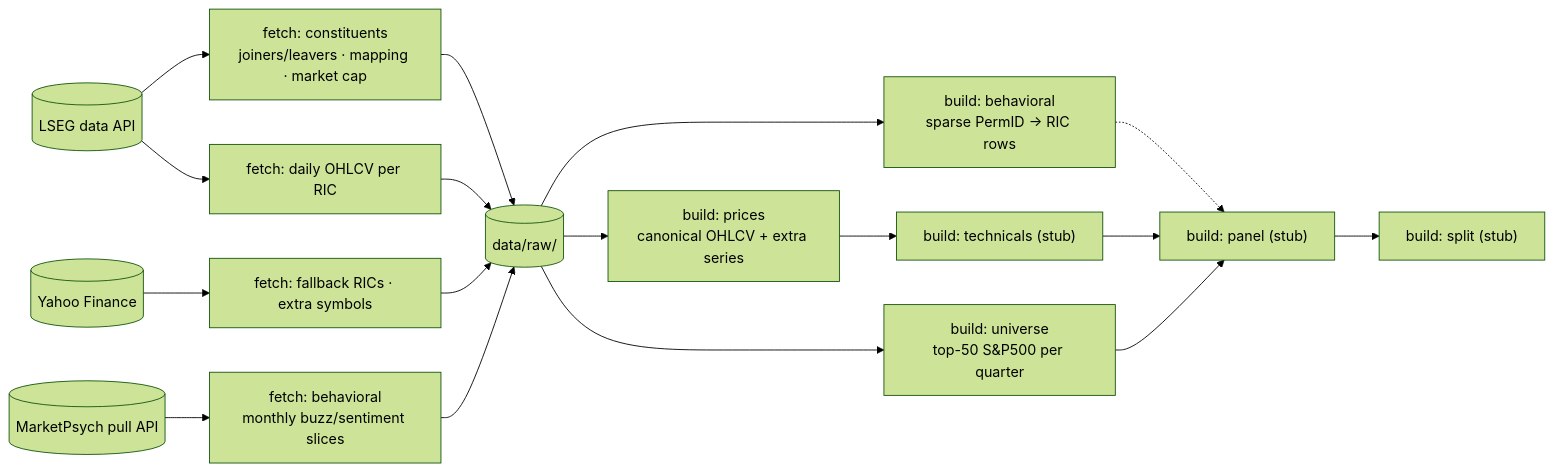
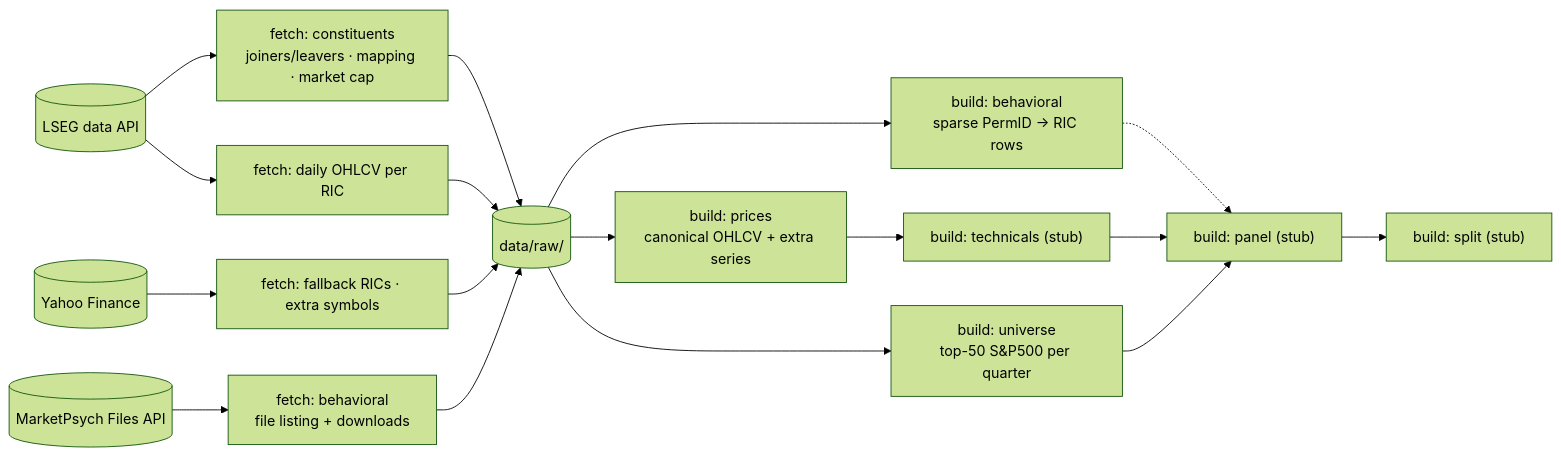
Before and after one commit to life00/factor-weaver: the diagram in docs/data.md, drawn with Mermaid (forest theme). The commit also changed other lines of this file and 4 other files, not shown here.

Commit message:
refactor(behavioral): use MP file API

````diff
--- a/docs/data.md
+++ b/docs/data.md
@@ -24,19 +24,19 @@
 ```mermaid
 flowchart LR
   lseg[("LSEG data API")] --> fetch_ref["fetch: constituents<br/>joiners/leavers · mapping · market cap"]
   lseg --> fetch_px["fetch: daily OHLCV per RIC"]
   yahoo[("Yahoo Finance")] --> fetch_yf["fetch: fallback RICs · extra symbols"]
-  mpsych[("MarketPsych pull API")] --> fetch_mp["fetch: behavioral<br/>monthly buzz/sentiment slices"]
+  mpsych[("MarketPsych Files API")] --> fetch_mp["fetch: behavioral<br/>file listing + downloads"]
   fetch_ref --> raw[("data/raw/")]
   fetch_px --> raw
   fetch_yf --> raw
   fetch_mp --> raw
   raw --> univ["build: universe<br/>top-50 S&P500 per quarter"]
   raw --> bprices["build: prices<br/>canonical OHLCV + extra series"]
   raw --> bbeh["build: behavioral<br/>sparse PermID → RIC rows"]
   bprices --> tech["build: technicals (stub)"]
   bbeh -.-> panel
   tech --> panel["build: panel (stub)"]
   univ --> panel
   panel --> split["build: split (stub)"]
 ```
````
